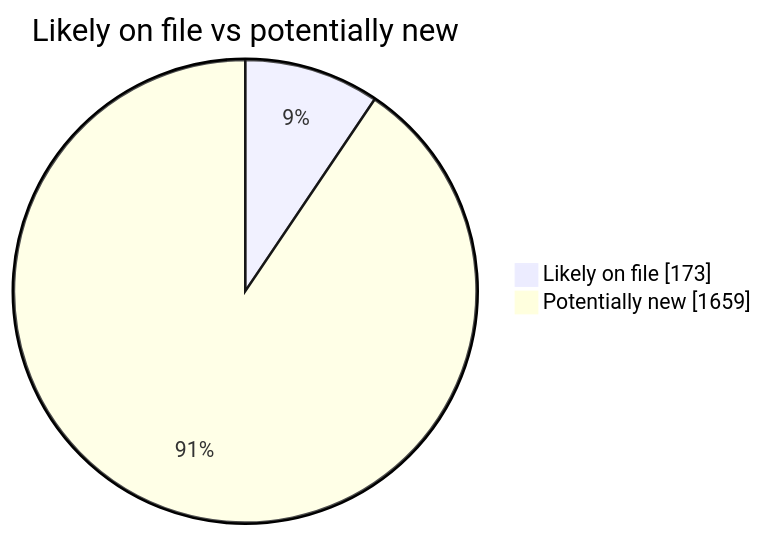
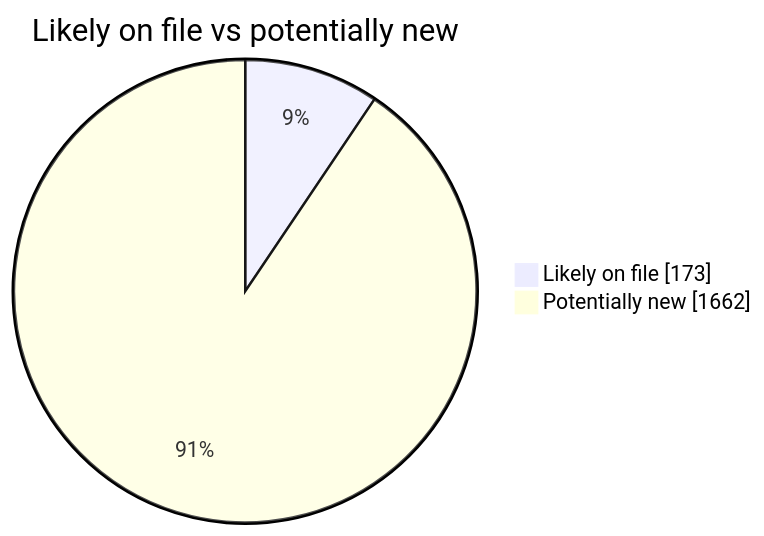
Before and after one commit to martinbalfanz/social-scanner-reports: the second of 4 diagrams in README.md, drawn with Mermaid. The commit also changed other lines of this file and 4 other files, not shown here.

````diff
--- a/README.md
+++ b/README.md
@@ -40,5 +40,5 @@
 ```mermaid
 pie showData title Likely on file vs potentially new
     "Likely on file" : 173
-    "Potentially new" : 1659
+    "Potentially new" : 1662
 ```
````
